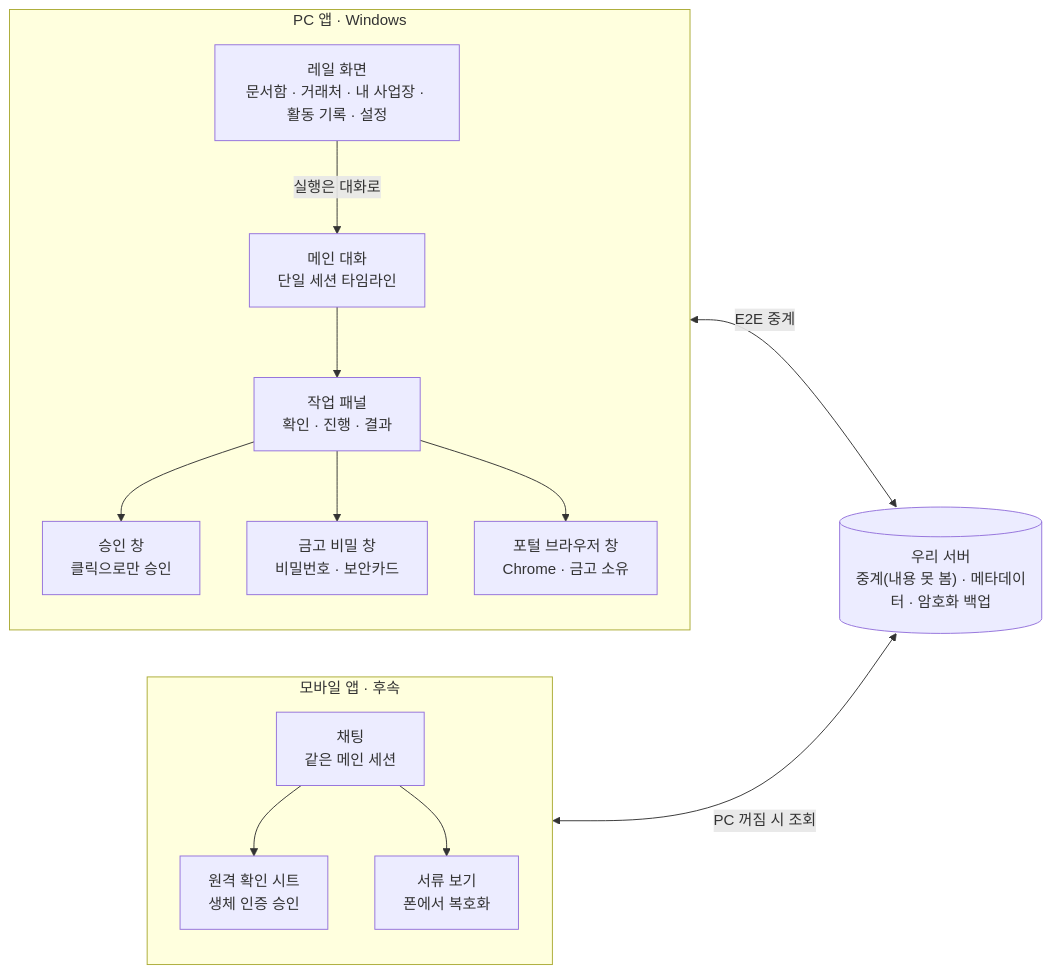
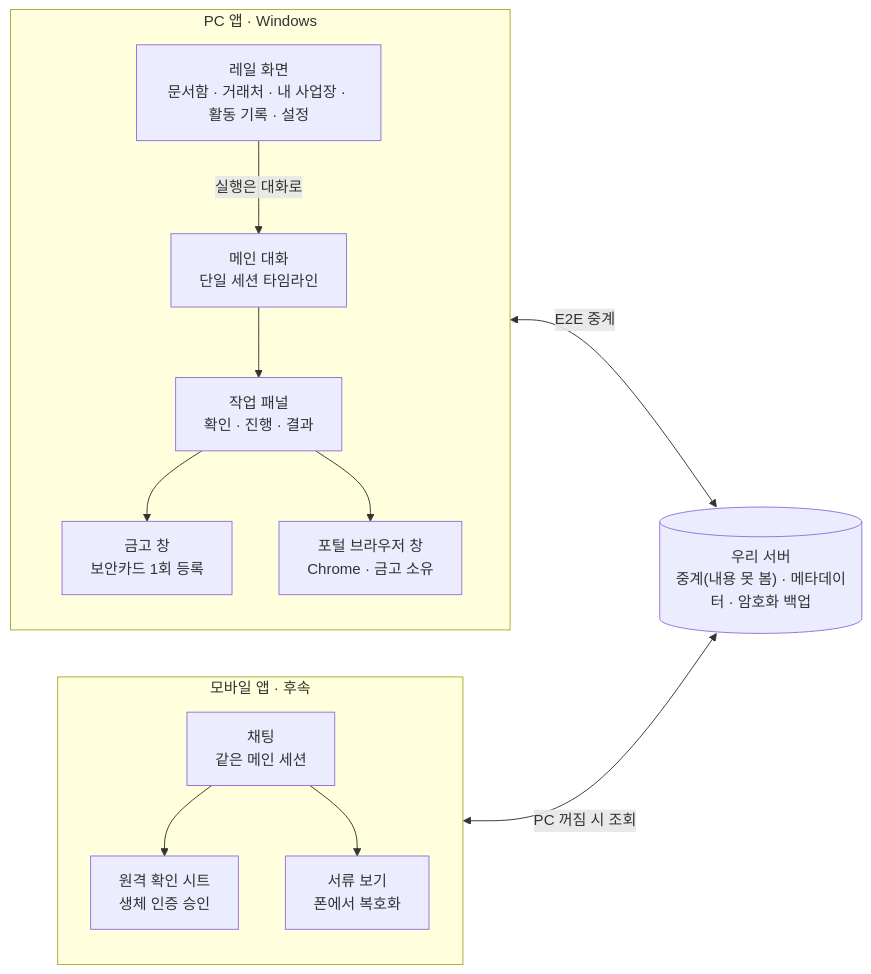
The first of 2 diagrams in sovereign-ax/08-screen-plan.md (LAF-labs/tex), drawn with Mermaid before and after one commit. The commit also changed other lines of this file and 23 other files, not shown here.

````diff
--- a/sovereign-ax/08-screen-plan.md
+++ b/sovereign-ax/08-screen-plan.md
@@ -26,16 +26,15 @@
 ```mermaid
 flowchart LR
   subgraph PC["PC 앱 · Windows"]
     rail["레일 화면<br/>문서함 · 거래처 · 내 사업장 · 활동 기록 · 설정"] -->|실행은 대화로| chat["메인 대화<br/>단일 세션 타임라인"]
     chat --> panel["작업 패널<br/>확인 · 진행 · 결과"]
-    panel --> approve["승인 창<br/>클릭으로만 승인"]
-    panel --> secret["금고 비밀 창<br/>비밀번호 · 보안카드"]
+    panel --> secret["금고 창<br/>보안카드 1회 등록"]
     panel --> browser["포털 브라우저 창<br/>Chrome · 금고 소유"]
   end
   subgraph M["모바일 앱 · 후속"]
     mchat["채팅<br/>같은 메인 세션"] --> sheet["원격 확인 시트<br/>생체 인증 승인"]
     mchat --> viewer["서류 보기<br/>폰에서 복호화"]
   end
   PC <-->|E2E 중계| server[("우리 서버<br/>중계(내용 못 봄) · 메타데이터 · 암호화 백업")]
   M <-->|PC 꺼짐 시 조회| server
 ```
````
